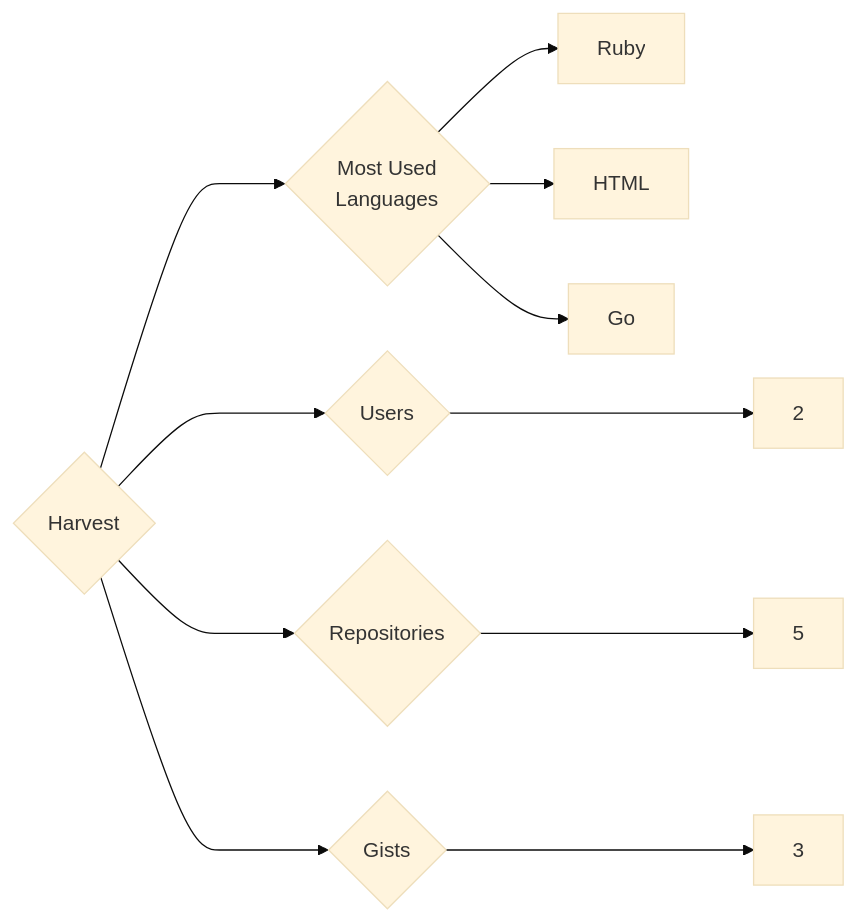
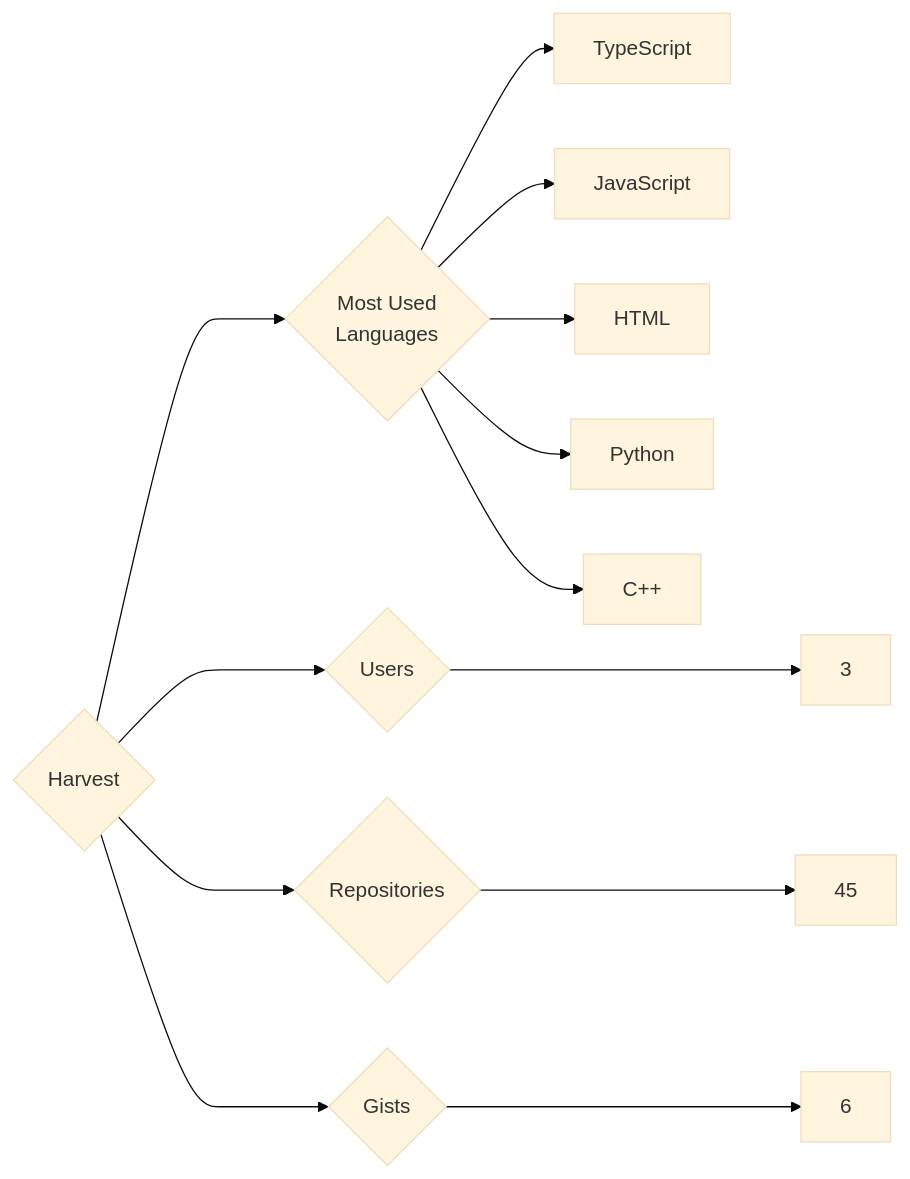
The diagram in targets/Harvest/README.md (trickest/insiders), drawn with Mermaid (base theme) before and after one commit. The commit also changed 723 other files, not shown here.

````diff
--- a/targets/Harvest/README.md
+++ b/targets/Harvest/README.md
@@ -3,11 +3,13 @@
 ```mermaid
 graph LR
 COMPANY_NAME{Harvest}
-COMPANY_NAME ---> U{Users} ---> UN[2]
-COMPANY_NAME ---> R{Repositories} ---> RN[5]
-COMPANY_NAME ---> G{Gists} ---> GN[3]
+COMPANY_NAME ---> U{Users} ---> UN[3]
+COMPANY_NAME ---> R{Repositories} ---> RN[45]
+COMPANY_NAME ---> G{Gists} ---> GN[6]
 COMPANY_NAME ---> ML{Most Used<br>Languages}
-ML --> Ruby[Ruby]
+ML --> TypeScript[TypeScript]
+ML --> JavaScript[JavaScript]
 ML --> HTML[HTML]
-ML --> Go[Go]
+ML --> Python[Python]
+ML --> C++[C++]
 ```
````
